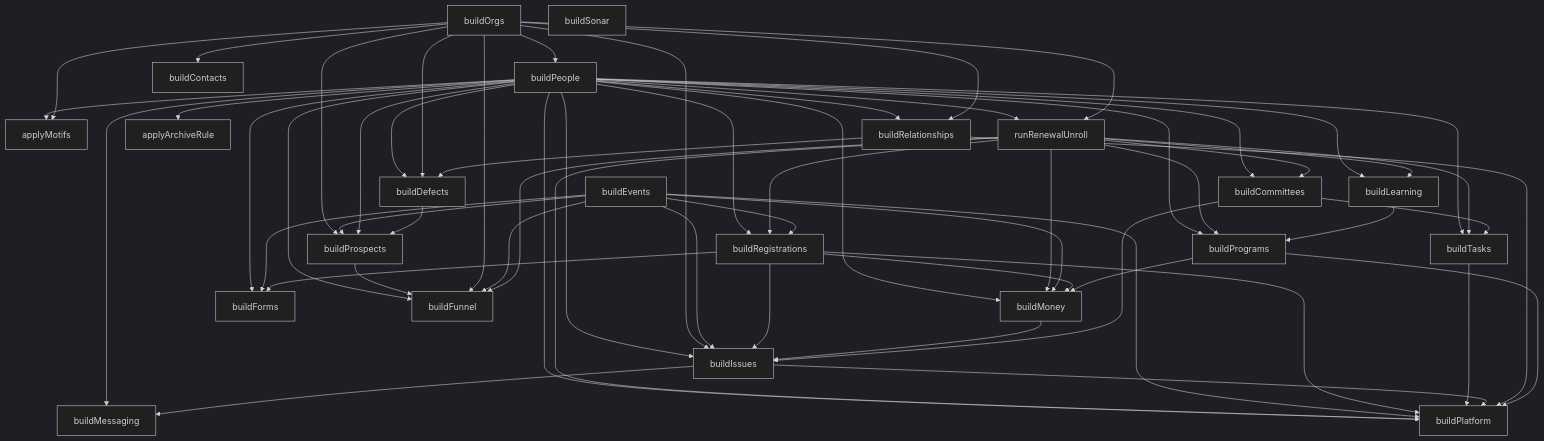
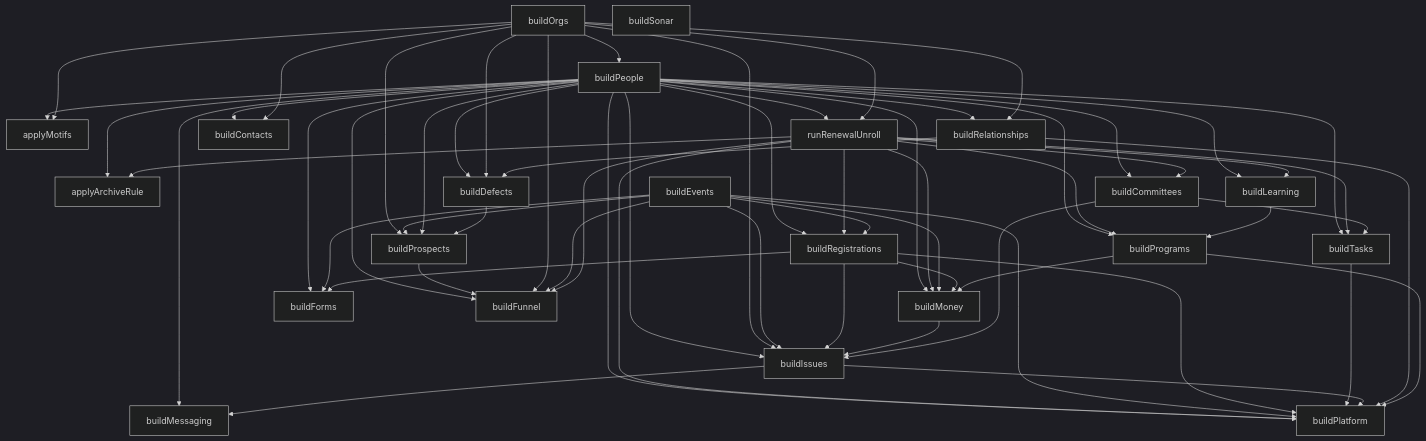
The diagram in datagen/PIPELINE.md (MemberJunction/more-cheese), drawn with Mermaid (dark theme) before and after one commit. The commit also changed 22 other files, not shown here.

````diff
--- a/datagen/PIPELINE.md
+++ b/datagen/PIPELINE.md
@@ -9,64 +9,66 @@
 ```mermaid
 graph TD
   buildOrgs
   buildOrgs --> buildPeople
   buildPeople --> applyMotifs
   buildOrgs --> applyMotifs
   buildPeople --> runRenewalUnroll
   buildOrgs --> runRenewalUnroll
   buildPeople --> applyArchiveRule
+  runRenewalUnroll --> applyArchiveRule
   buildEvents
   buildPeople --> buildRegistrations
   runRenewalUnroll --> buildRegistrations
   buildEvents --> buildRegistrations
   buildPeople --> buildLearning
   runRenewalUnroll --> buildLearning
   buildPeople --> buildPrograms
   runRenewalUnroll --> buildPrograms
   buildLearning --> buildPrograms
   buildPeople --> buildMoney
   runRenewalUnroll --> buildMoney
   buildEvents --> buildMoney
   buildRegistrations --> buildMoney
   buildPrograms --> buildMoney
   buildPeople --> buildCommittees
   runRenewalUnroll --> buildCommittees
   buildPeople --> buildForms
   buildEvents --> buildForms
   buildRegistrations --> buildForms
   buildPeople --> buildRelationships
   buildOrgs --> buildRelationships
   buildPeople --> buildTasks
   runRenewalUnroll --> buildTasks
   buildCommittees --> buildTasks
   buildPeople --> buildIssues
   buildOrgs --> buildIssues
   buildEvents --> buildIssues
   buildRegistrations --> buildIssues
   buildMoney --> buildIssues
   buildCommittees --> buildIssues
   buildPeople --> buildMessaging
   buildIssues --> buildMessaging
   buildPeople --> buildDefects
   buildOrgs --> buildDefects
   buildRelationships --> buildDefects
   buildOrgs --> buildProspects
   buildEvents --> buildProspects
   buildPeople --> buildProspects
   buildDefects --> buildProspects
   buildPeople --> buildFunnel
   buildProspects --> buildFunnel
   buildOrgs --> buildFunnel
   buildEvents --> buildFunnel
   runRenewalUnroll --> buildFunnel
+  buildPeople --> buildContacts
   buildOrgs --> buildContacts
   buildPeople --> buildPlatform
   runRenewalUnroll --> buildPlatform
   buildEvents --> buildPlatform
   buildRegistrations --> buildPlatform
   buildTasks --> buildPlatform
   buildIssues --> buildPlatform
   buildRelationships --> buildPlatform
   buildPrograms --> buildPlatform
   buildSonar
 ```
````
